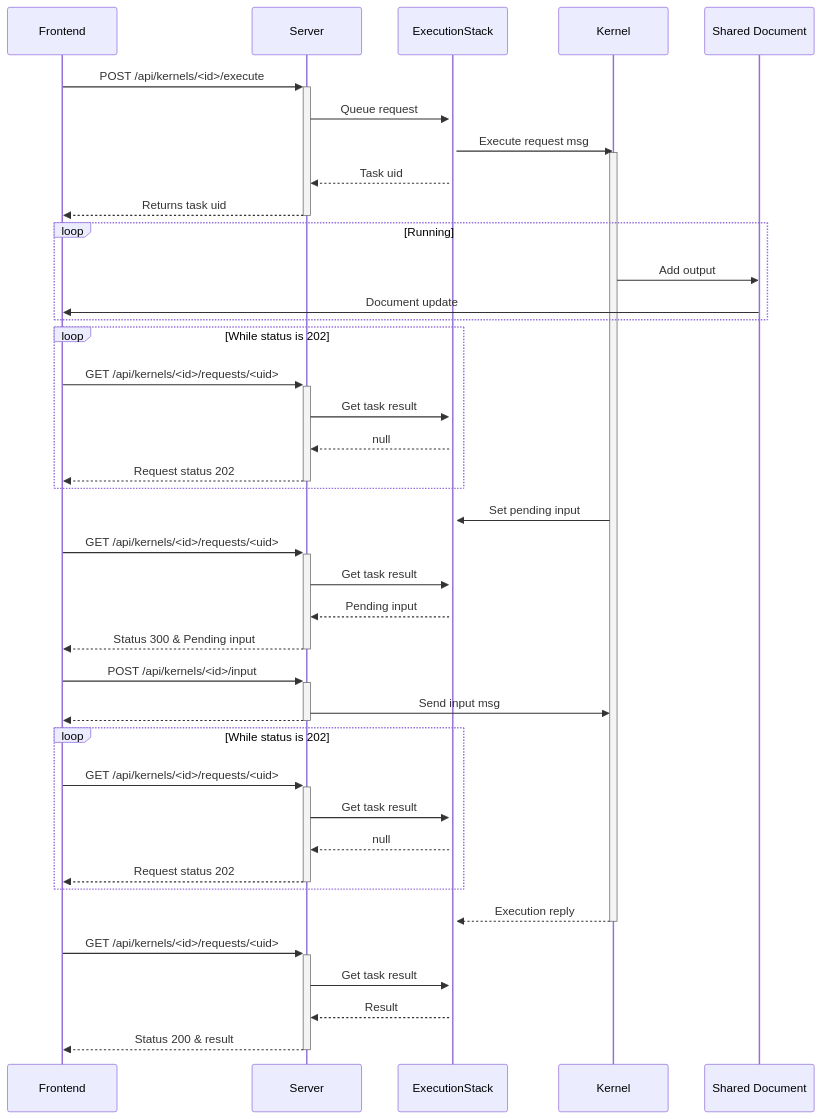
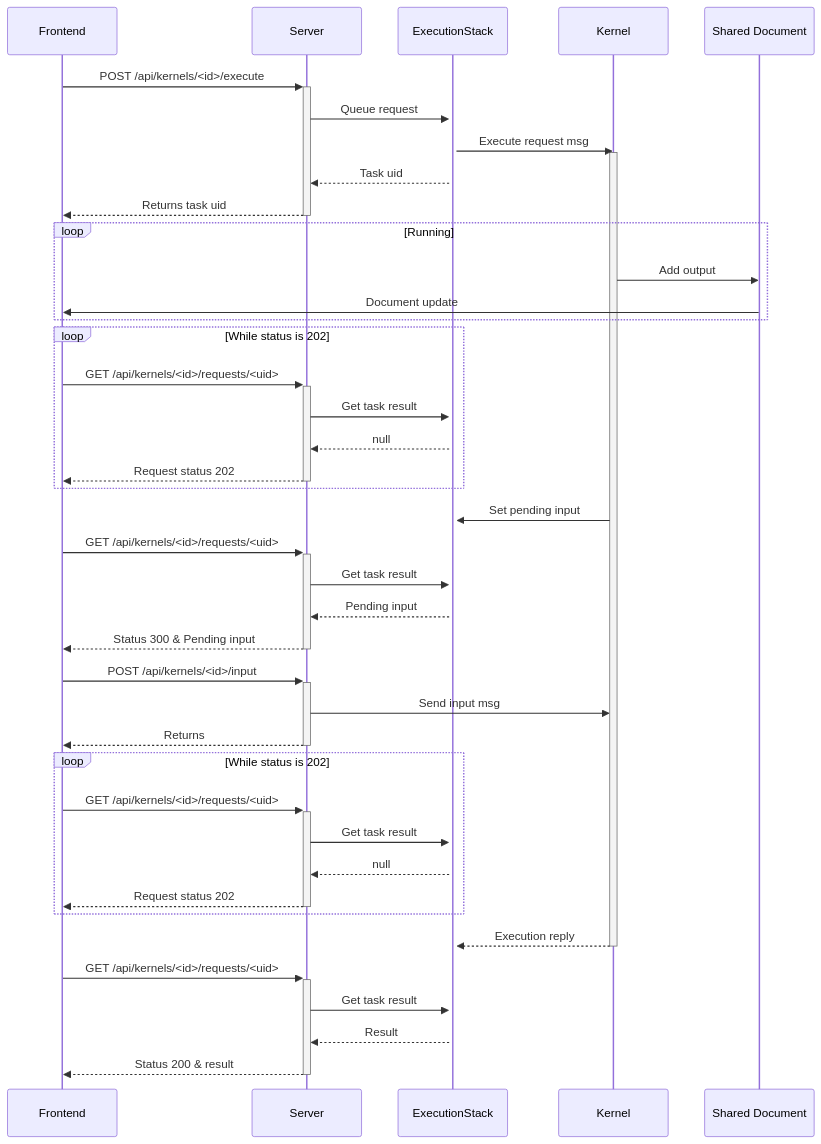
The second of 2 diagrams in README.md (datalayer/jupyter-server-nbmodel), drawn with Mermaid before and after one commit.

Commit message:
Fix mermaidJS graph

````diff
--- a/README.md
+++ b/README.md
@@ -84,39 +84,39 @@
 ```mermaid
 sequenceDiagram
     Frontend->>+Server: POST /api/kernels/<id>/execute
     Server->>+ExecutionStack: Queue request
     ExecutionStack->>Kernel: Execute request msg
     activate Kernel
     ExecutionStack-->>Server: Task uid
     Server-->>-Frontend: Returns task uid
     loop Running
         Kernel->>Shared Document: Add output
         Shared Document->>Frontend: Document update
     end
     loop While status is 202
         Frontend->>+Server: GET /api/kernels/<id>/requests/<uid>
         Server->>ExecutionStack: Get task result
         ExecutionStack-->>Server: null
         Server-->>-Frontend: Request status 202
     end
     Kernel->>ExecutionStack: Set pending input
     Frontend->>+Server: GET /api/kernels/<id>/requests/<uid>
     Server->>ExecutionStack: Get task result
     ExecutionStack-->>Server: Pending input
     Server-->>-Frontend: Status 300 & Pending input
     Frontend->>+Server: POST /api/kernels/<id>/input
     Server->>Kernel: Send input msg
-    Server-->>-Frontend:
+    Server-->>-Frontend: Returns
     loop While status is 202
         Frontend->>+Server: GET /api/kernels/<id>/requests/<uid>
         Server->>ExecutionStack: Get task result
         ExecutionStack-->>Server: null
         Server-->>-Frontend: Request status 202
     end
     Kernel-->>ExecutionStack: Execution reply
     deactivate Kernel
     Frontend->>+Server: GET /api/kernels/<id>/requests/<uid>
     Server->>ExecutionStack: Get task result
     ExecutionStack-->>Server: Result
     Server-->>-Frontend: Status 200 & result
 ```
````
